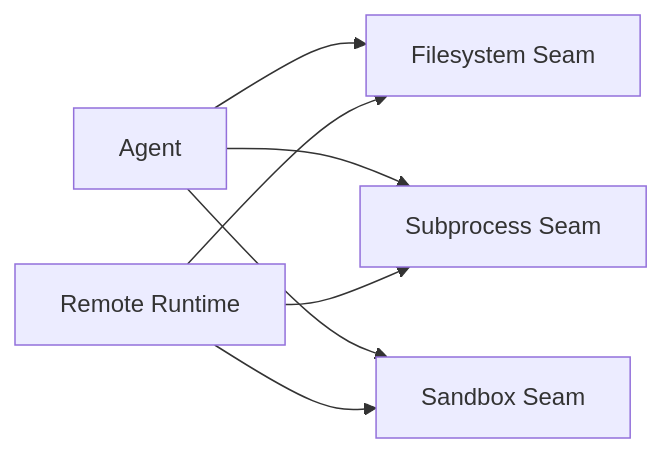
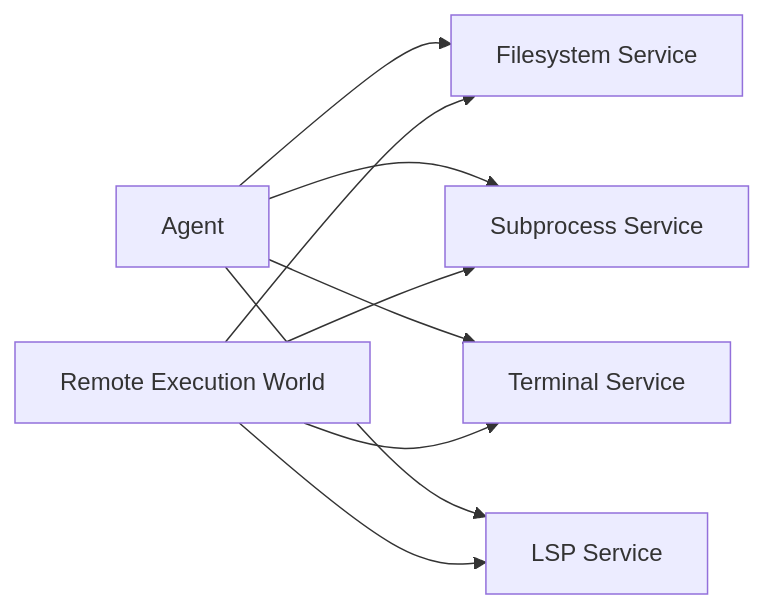
Before and after one commit to indigofeather/harness-book: the third of 5 diagrams in docs/comparison/selection-guide.md, drawn with Mermaid. The commit also changed other lines of this file and 13 other files, not shown here.

````diff
--- a/docs/comparison/selection-guide.md
+++ b/docs/comparison/selection-guide.md
@@ -138,10 +156,12 @@
 ```mermaid
 flowchart LR
-  AG[Agent] --> FS[Filesystem Seam]
-  AG --> SP[Subprocess Seam]
-  AG --> SB[Sandbox Seam]
+  AG[Agent] --> FS[Filesystem Service]
+  AG --> SP[Subprocess Service]
+  AG --> TERM[Terminal Service]
+  AG --> LSP[LSP Service]
 
-  R[Remote Runtime] --> FS
-  R --> SP
-  R --> SB
+  REMOTE[Remote Execution World] --> FS
+  REMOTE --> SP
+  REMOTE --> TERM
+  REMOTE --> LSP
 ```
````
